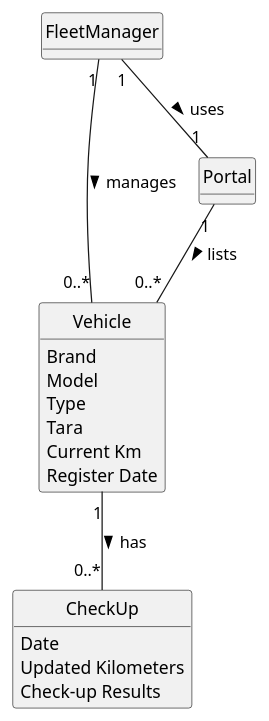
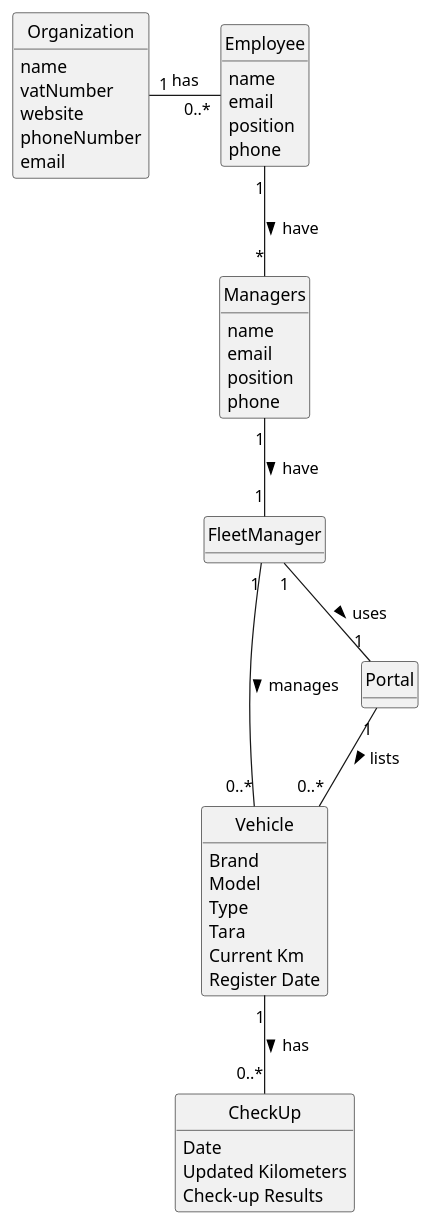
One commit to Departamento-de-Engenharia-Informatica/lei-24-s2-1df-1de-g063 changed the diagram in docs/sprintA/us008/02.analysis/puml/us008-domain-model.puml. Above: the diagram before and after it, drawn with PlantUML. The commit also changed 4 other files, not shown here.

```diff
--- a/docs/sprintA/us008/02.analysis/puml/us008-domain-model.puml
+++ b/docs/sprintA/us008/02.analysis/puml/us008-domain-model.puml
@@ -1,39 +1,61 @@
 @startuml
 skinparam monochrome true
 skinparam packageStyle rectangle
 skinparam shadowing false
 
 'left to right direction
 
 skinparam classAttributeIconSize 0
 
 hide circle
 hide methods
 
 class Vehicle {
   Brand
   Model
   Type
   Tara
   Current Km
   Register Date
 }
 
 class FleetManager {
 }
 
 class CheckUp {
   Date
   Updated Kilometers
   Check-up Results
 }
 
 class Portal{
 
 }
+class Organization {
+    name
+    vatNumber
+    website
+    phoneNumber
+    email
+}
+class Employee {
+    name
+    email
+    position
+    phone
+}
+class Managers {
+    name
+    email
+    position
+    phone
+}
+Organization "1" - "0..*" Employee : has
+Employee "1" -- "*" Managers : have >
+Managers "1" -- "1" FleetManager : have >
 FleetManager "1" -- "1" Portal : uses >
 FleetManager "1" -- "0..*" Vehicle : manages >
 Vehicle "1" -- "0..*" CheckUp : has >
 Portal "1" -- "0..*" Vehicle : lists >
 
 @enduml
```
